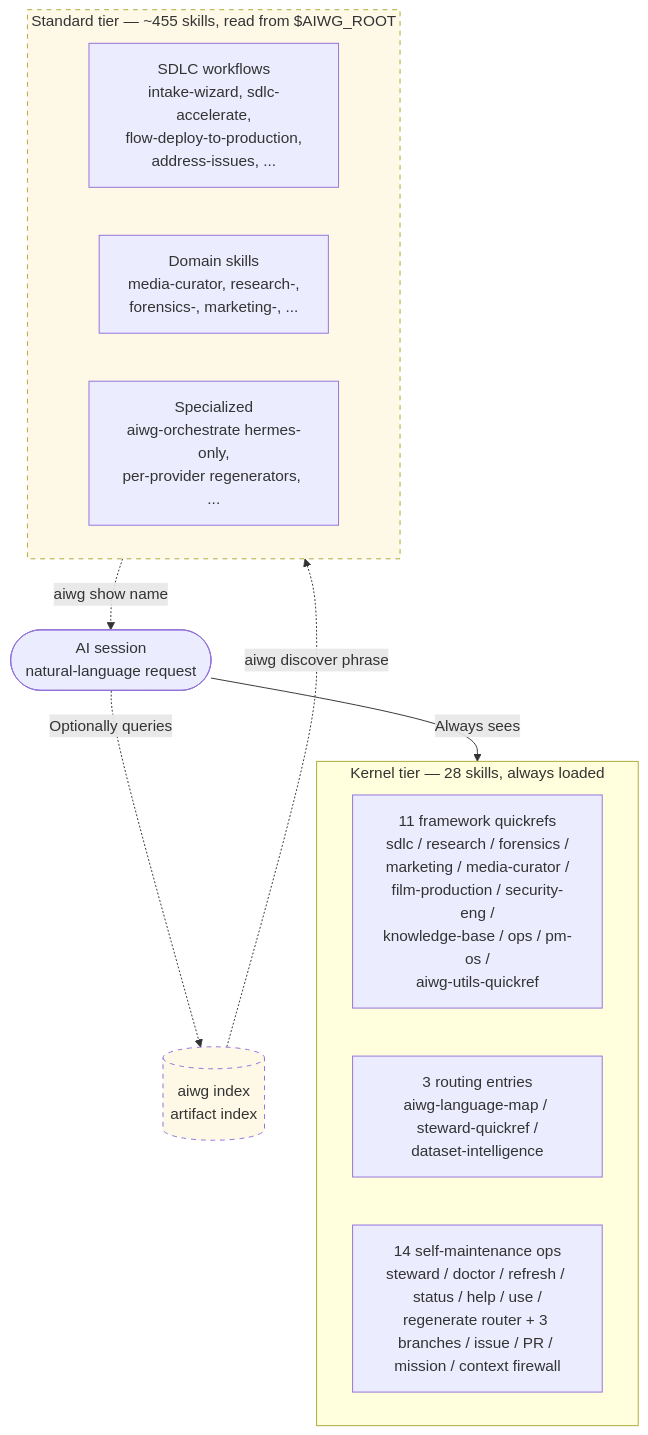
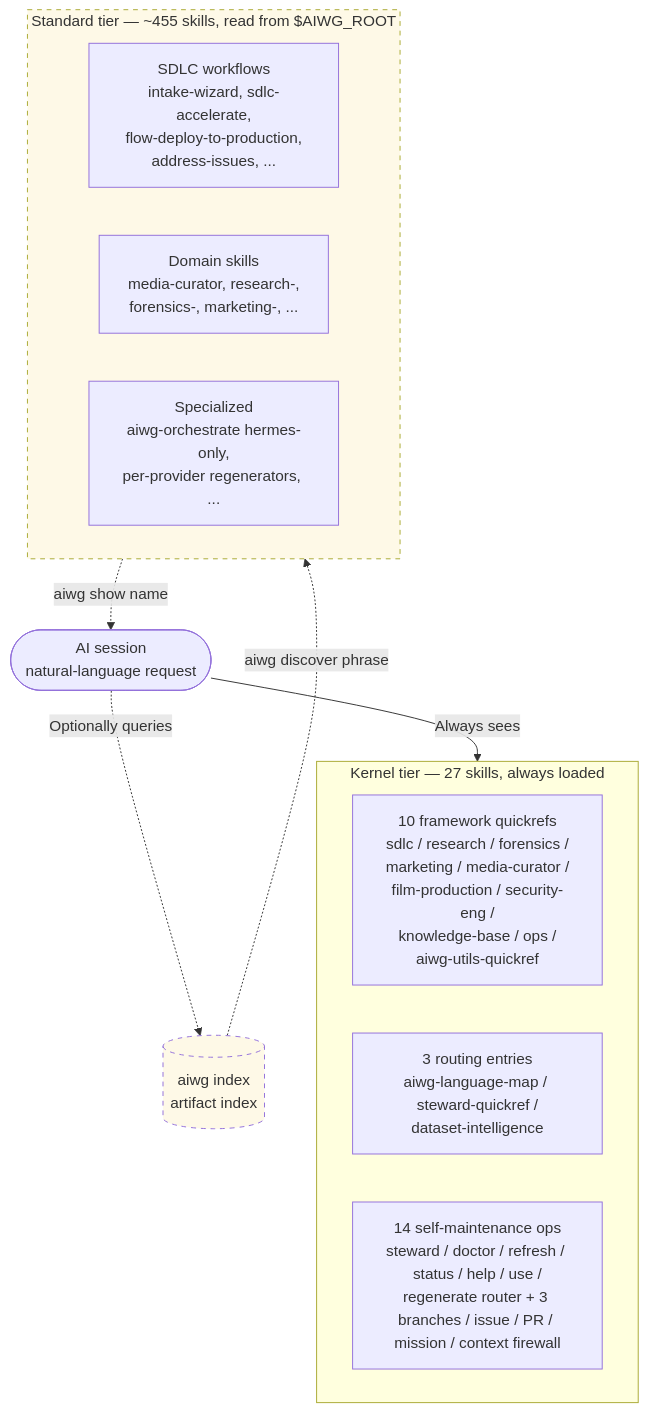
One commit to ChronodeAi/aiwg changed the first of 2 diagrams in docs/cli/capability-routing.md. Above: the diagram before and after it, drawn with Mermaid. The commit also changed other lines of this file and 8 other files, not shown here.

````diff
--- a/docs/cli/capability-routing.md
+++ b/docs/cli/capability-routing.md
@@ -111,27 +111,27 @@
 ```mermaid
 flowchart TB
-  subgraph KERNEL["Kernel tier — 28 skills, always loaded"]
+  subgraph KERNEL["Kernel tier — 27 skills, always loaded"]
     direction LR
-    K1[11 framework quickrefs<br/>sdlc / research / forensics /<br/>marketing / media-curator /<br/>film-production / security-eng /<br/>knowledge-base / ops / pm-os /<br/>aiwg-utils-quickref]
+    K1[10 framework quickrefs<br/>sdlc / research / forensics /<br/>marketing / media-curator /<br/>film-production / security-eng /<br/>knowledge-base / ops /<br/>aiwg-utils-quickref]
     K2[3 routing entries<br/>aiwg-language-map / steward-quickref /<br/>dataset-intelligence]
     K3[14 self-maintenance ops<br/>steward / doctor / refresh / status / help / use /<br/>regenerate router + 3 branches / issue / PR / mission / context firewall]
   end
 
   subgraph STANDARD["Standard tier — ~455 skills, read from $AIWG_ROOT"]
     direction LR
     S1[SDLC workflows<br/>intake-wizard, sdlc-accelerate,<br/>flow-deploy-to-production,<br/>address-issues, ...]
     S2[Domain skills<br/>media-curator, research-,<br/>forensics-, marketing-, ...]
     S3[Specialized<br/>aiwg-orchestrate hermes-only,<br/>per-provider regenerators, ...]
   end
 
   AGENT([AI session<br/>natural-language request])
 
   AGENT -->|Always sees| KERNEL
   AGENT -.->|Optionally queries| INDEX[(aiwg index<br/>artifact index)]
   INDEX -.->|aiwg discover phrase| STANDARD
   STANDARD -.->|aiwg show name| AGENT
 
   classDef optional stroke-dasharray: 5 5,fill:#fef9e7
   class INDEX optional
   class STANDARD optional
 ```
````
